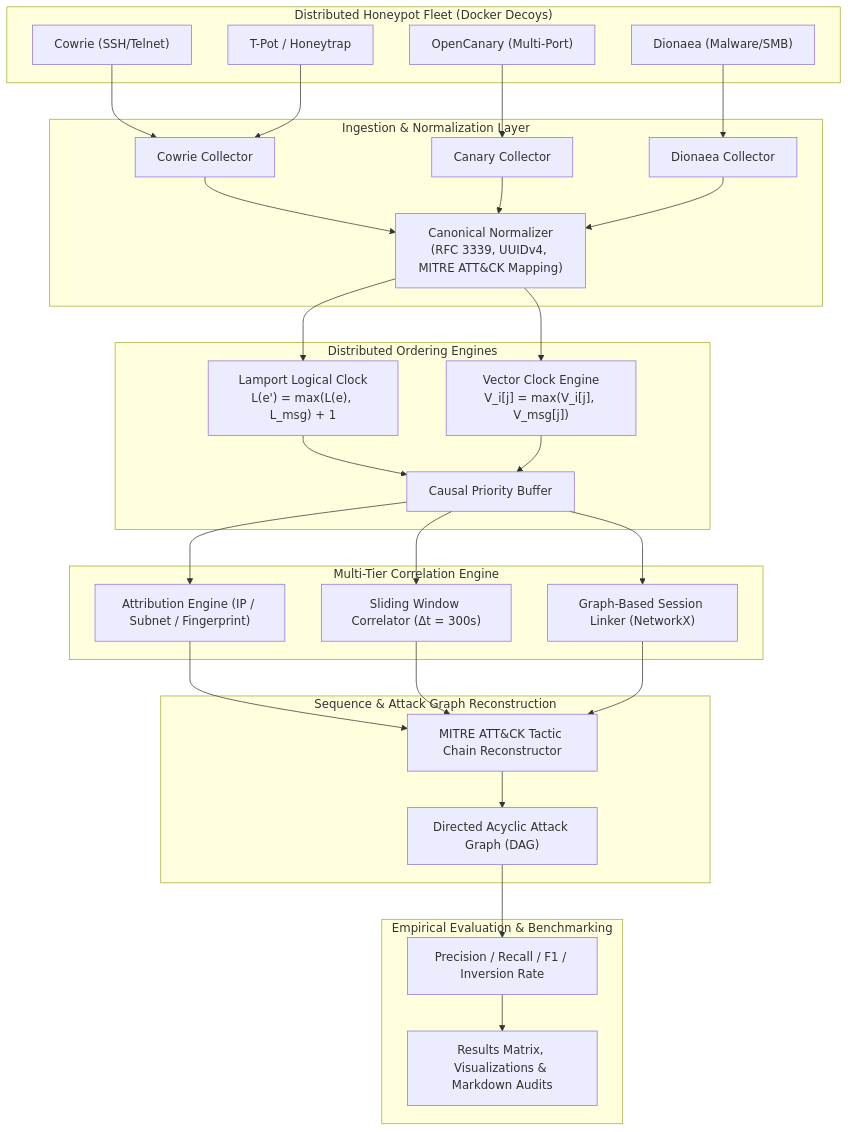
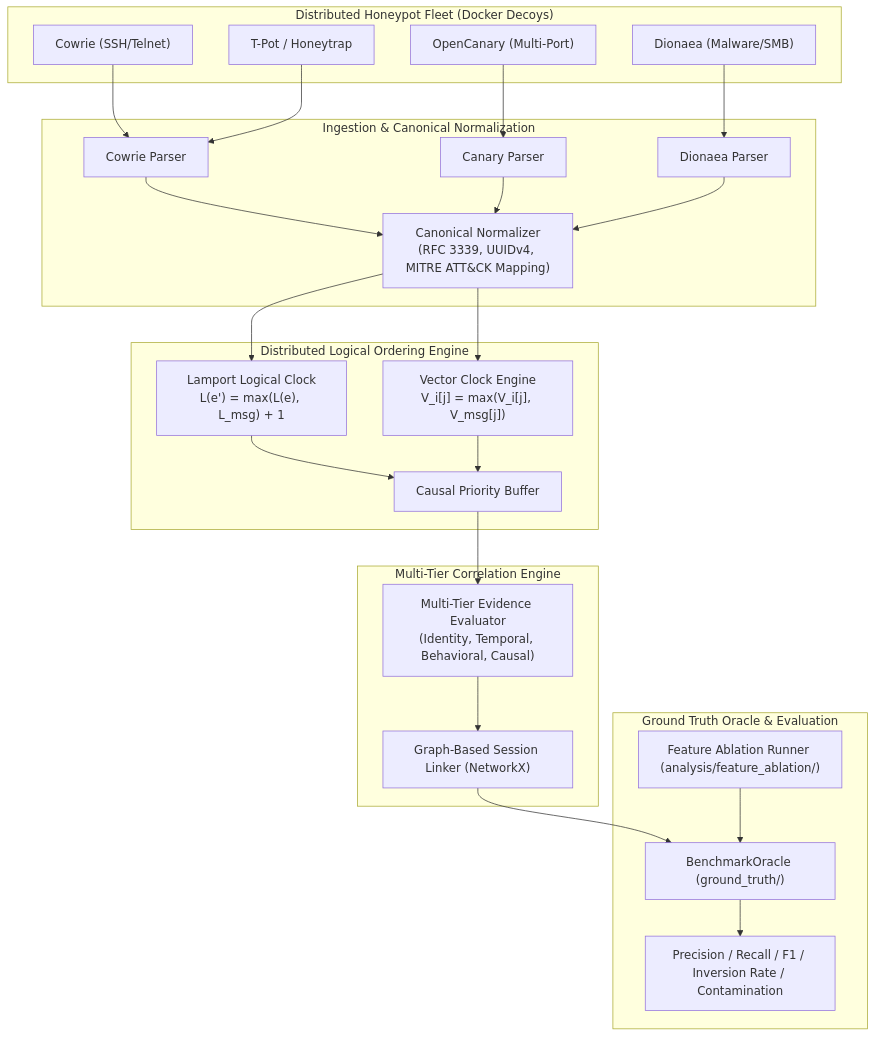
One commit to niharsalvi2-spec/distributed-honeypot-benchmark changed the diagram in README.md. Above: the diagram before and after it, drawn with Mermaid. The commit also changed other lines of this file and 11 other files, not shown here.

Commit message:
feat: implement benchmark oracle, feature ablation framework, and frozen experiment registry

````diff
--- a/README.md
+++ b/README.md
@@ -83,50 +98,45 @@
 ```mermaid
 flowchart TD
     subgraph SENSORS ["Distributed Honeypot Fleet (Docker Decoys)"]
         H1["Cowrie (SSH/Telnet)"]
         H2["OpenCanary (Multi-Port)"]
         H3["Dionaea (Malware/SMB)"]
         H4["T-Pot / Honeytrap"]
     end
 
-    subgraph COLLECTORS ["Ingestion & Normalization Layer"]
-        C1["Cowrie Collector"]
-        C2["Canary Collector"]
-        C3["Dionaea Collector"]
+    subgraph INGESTION ["Ingestion & Canonical Normalization"]
+        C1["Cowrie Parser"]
+        C2["Canary Parser"]
+        C3["Dionaea Parser"]
         NORM["Canonical Normalizer<br/>(RFC 3339, UUIDv4, MITRE ATT&CK Mapping)"]
     end
 
-    subgraph DISTRIBUTED ["Distributed Ordering Engines"]
+    subgraph ORDERING ["Distributed Logical Ordering Engine"]
         LC["Lamport Logical Clock<br/>L(e') = max(L(e), L_msg) + 1"]
         VC["Vector Clock Engine<br/>V_i[j] = max(V_i[j], V_msg[j])"]
         QUEUE["Causal Priority Buffer"]
     end
 
     subgraph CORRELATION ["Multi-Tier Correlation Engine"]
-        IP_CORR["Attribution Engine (IP / Subnet / Fingerprint)"]
-        TIME_CORR["Sliding Window Correlator (Δt = 300s)"]
+        EVID["Multi-Tier Evidence Evaluator<br/>(Identity, Temporal, Behavioral, Causal)"]
         GRAPH_CORR["Graph-Based Session Linker (NetworkX)"]
     end
 
-    subgraph SEQUENCE ["Sequence & Attack Graph Reconstruction"]
-        RECON["MITRE ATT&CK Tactic Chain Reconstructor"]
-        ATTACK_GRAPH["Directed Acyclic Attack Graph (DAG)"]
-    end
-
-    subgraph EVALUATION ["Empirical Evaluation & Benchmarking"]
-        METRICS["Precision / Recall / F1 / Inversion Rate"]
-        REPORTS["Results Matrix, Visualizations & Markdown Audits"]
+    subgraph ORACLE_EVAL ["Ground Truth Oracle & Evaluation"]
+        ORACLE["BenchmarkOracle (ground_truth/)"]
+        ABLATION["Feature Ablation Runner (analysis/feature_ablation/)"]
+        METRICS["Precision / Recall / F1 / Inversion Rate / Contamination"]
     end
 
     H1 --> C1
     H2 --> C2
     H3 --> C3
     H4 --> C1
     C1 & C2 & C3 --> NORM
     NORM --> LC & VC
     LC & VC --> QUEUE
-    QUEUE --> IP_CORR & TIME_CORR & GRAPH_CORR
-    IP_CORR & TIME_CORR & GRAPH_CORR --> RECON
-    RECON --> ATTACK_GRAPH
-    ATTACK_GRAPH --> METRICS --> REPORTS
+    QUEUE --> EVID --> GRAPH_CORR
+    GRAPH_CORR --> ORACLE
+    ORACLE --> METRICS
+    ABLATION --> ORACLE
 ```
````
